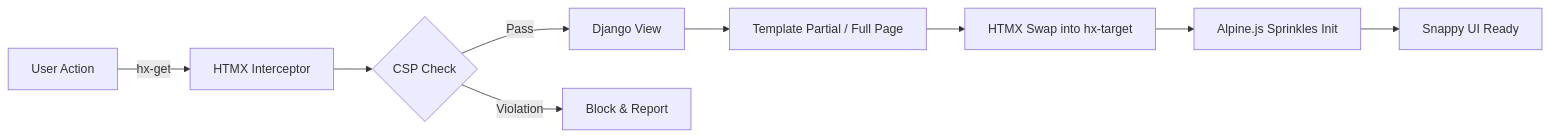
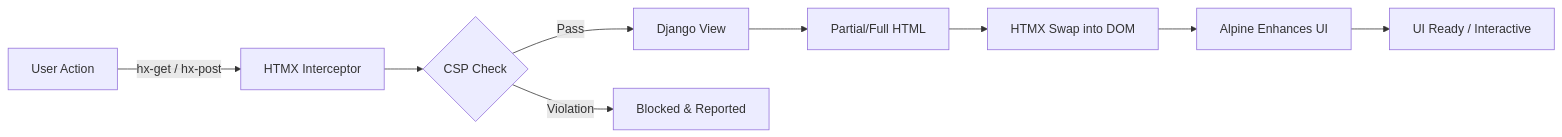
The first of 2 diagrams in Full-Stack/Django-Vite-HTMX-Alpine.md (seanwhs/Tutorials), drawn with Mermaid before and after one commit. The commit also changed other lines of this file, not shown here.

````diff
--- a/Full-Stack/Django-Vite-HTMX-Alpine.md
+++ b/Full-Stack/Django-Vite-HTMX-Alpine.md
@@ -32,11 +51,11 @@
 ```mermaid
 flowchart LR
-    A[User Action] -->|hx-get| B[HTMX Interceptor]
+    A[User Action] -->|hx-get / hx-post| B[HTMX Interceptor]
     B --> C{CSP Check}
     C -->|Pass| D[Django View]
-    C -->|Violation| Z[Block & Report]
-    D --> E[Template Partial / Full Page]
-    E --> F[HTMX Swap into hx-target]
-    F --> G[Alpine.js Sprinkles Init]
-    G --> H[Snappy UI Ready]
+    C -->|Violation| Z[Blocked & Reported]
+    D --> E[Partial/Full HTML]
+    E --> F[HTMX Swap into DOM]
+    F --> G[Alpine Enhances UI]
+    G --> H[UI Ready / Interactive]
 ```
````
